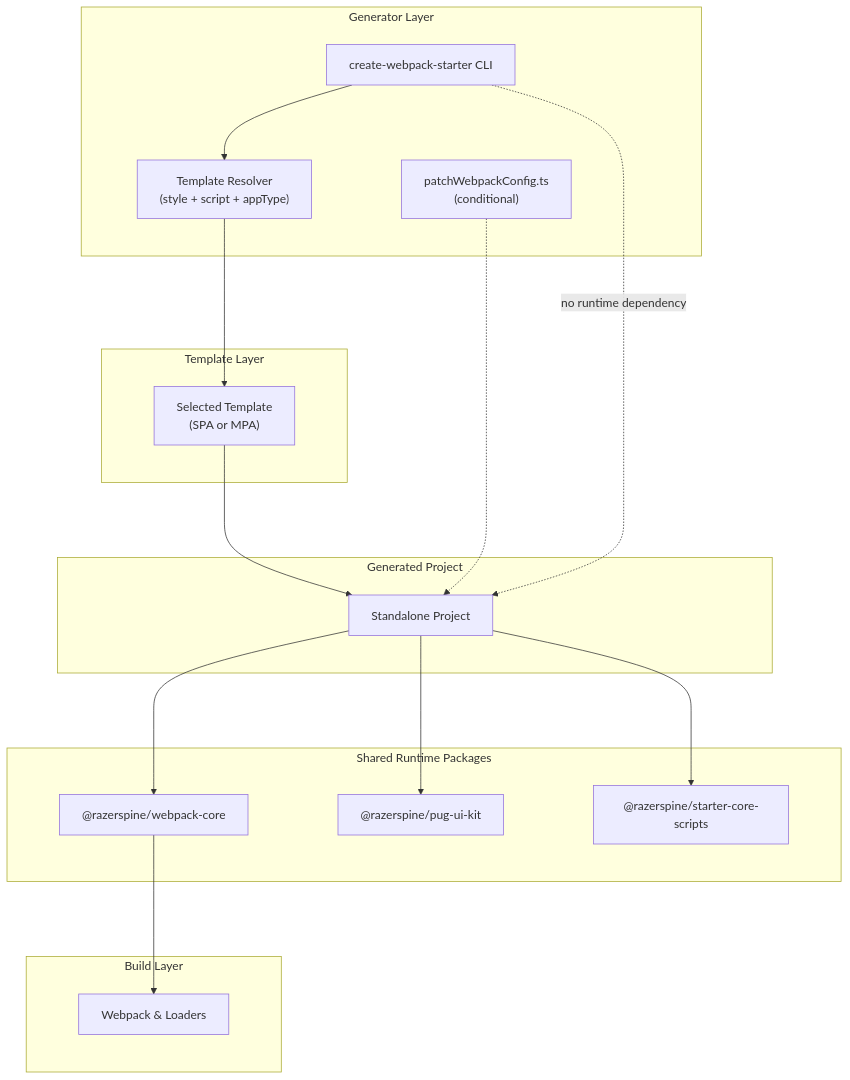
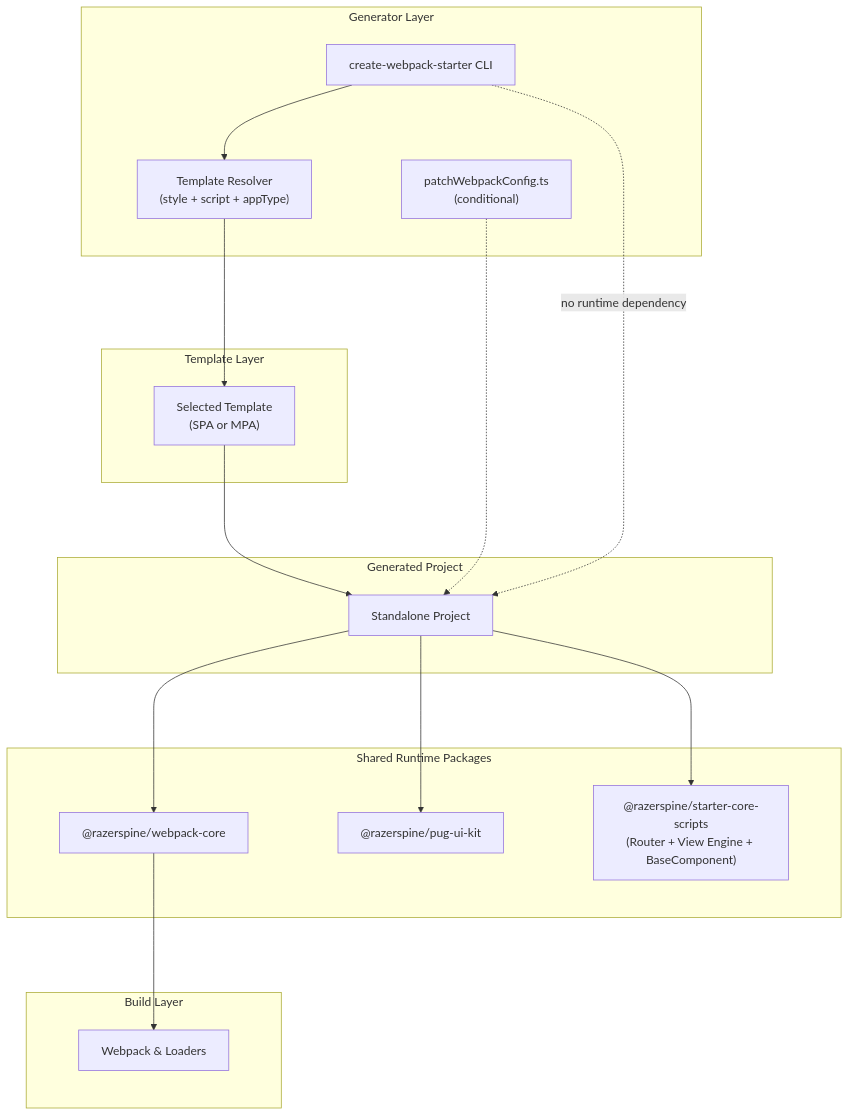
One commit to Razerspine/razerspine-stack changed the diagram in docs/architecture.md. Above: the diagram before and after it, drawn with Mermaid. The commit also changed other lines of this file, not shown here.

Commit message:
root: update architecture.md

````diff
--- a/docs/architecture.md
+++ b/docs/architecture.md
@@ -6,41 +7,41 @@
 ```mermaid
 %%{init: { 'flowchart': { 'rankSpacing': 100, 'nodeSpacing': 120 } } }%%
 flowchart TD
 
 subgraph L1 ["Generator Layer"]
     CLI["create-webpack-starter CLI"]
     RESOLVER["Template Resolver<br/>(style + script + appType)"]
     PATCH["patchWebpackConfig.ts<br/>(conditional)"]
 end
 
 subgraph L2 ["Template Layer"]
     TEMPLATE["Selected Template<br/>(SPA or MPA)"]
 end
 
 subgraph L3 ["Generated Project"]
     PROJECT["Standalone Project"]
 end
 
 subgraph L4 ["Shared Runtime Packages"]
     CORE["@razerspine/webpack-core"]
     UI["@razerspine/pug-ui-kit"]
-    SCRIPTS["@razerspine/starter-core-scripts"]
+    SCRIPTS["@razerspine/starter-core-scripts<br/>(Router + View Engine + BaseComponent)"]
 end
 
 subgraph L5 ["Build Layer"]
     WEBPACK["Webpack & Loaders"]
 end
 
 CLI --> RESOLVER
 RESOLVER --> TEMPLATE
 TEMPLATE --> PROJECT
 PATCH -.-> PROJECT
 
 PROJECT --> CORE
 PROJECT --> UI
 PROJECT --> SCRIPTS
 
 CORE --> WEBPACK
 
 CLI -.->|"no runtime dependency"| PROJECT
 ```
````
